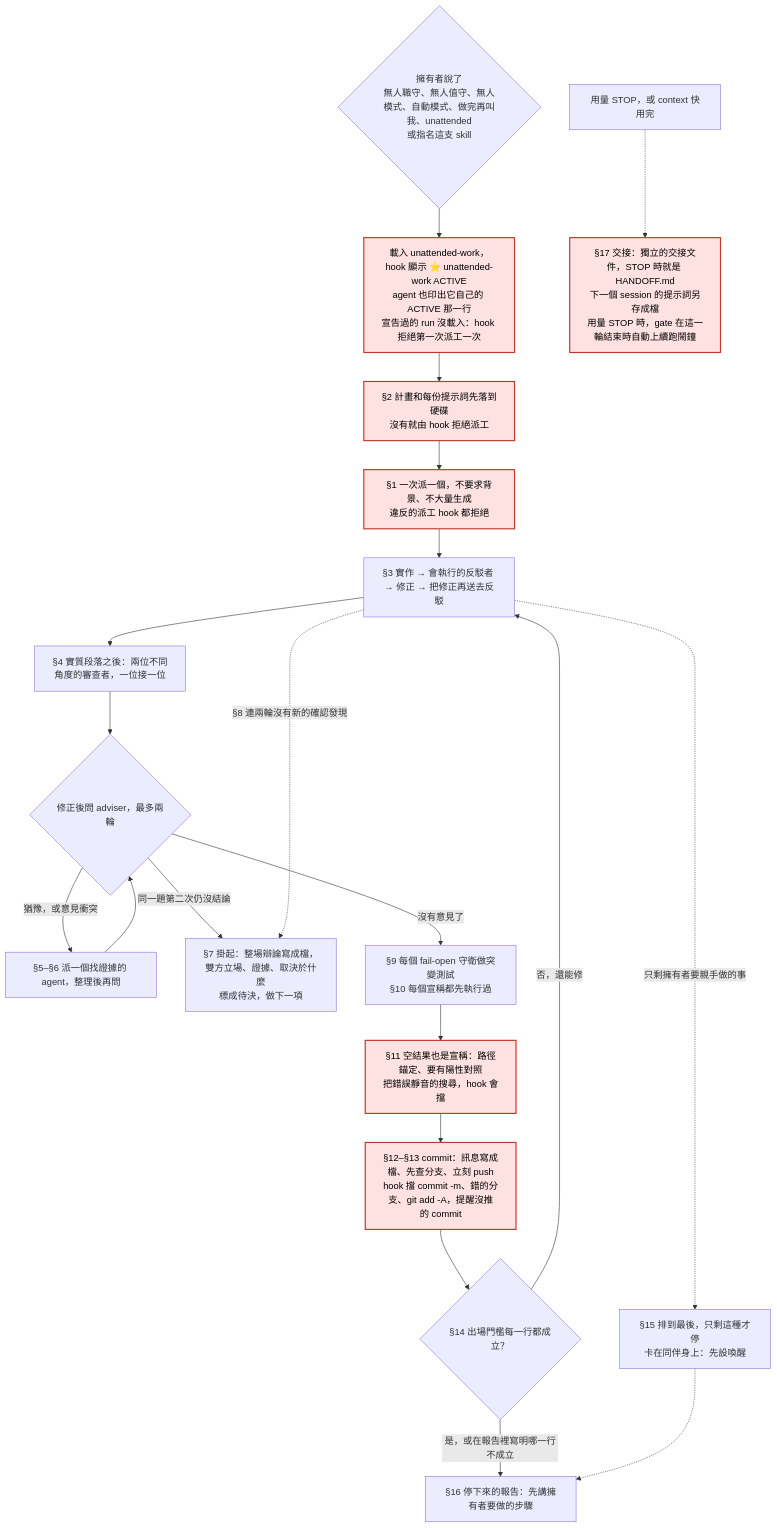
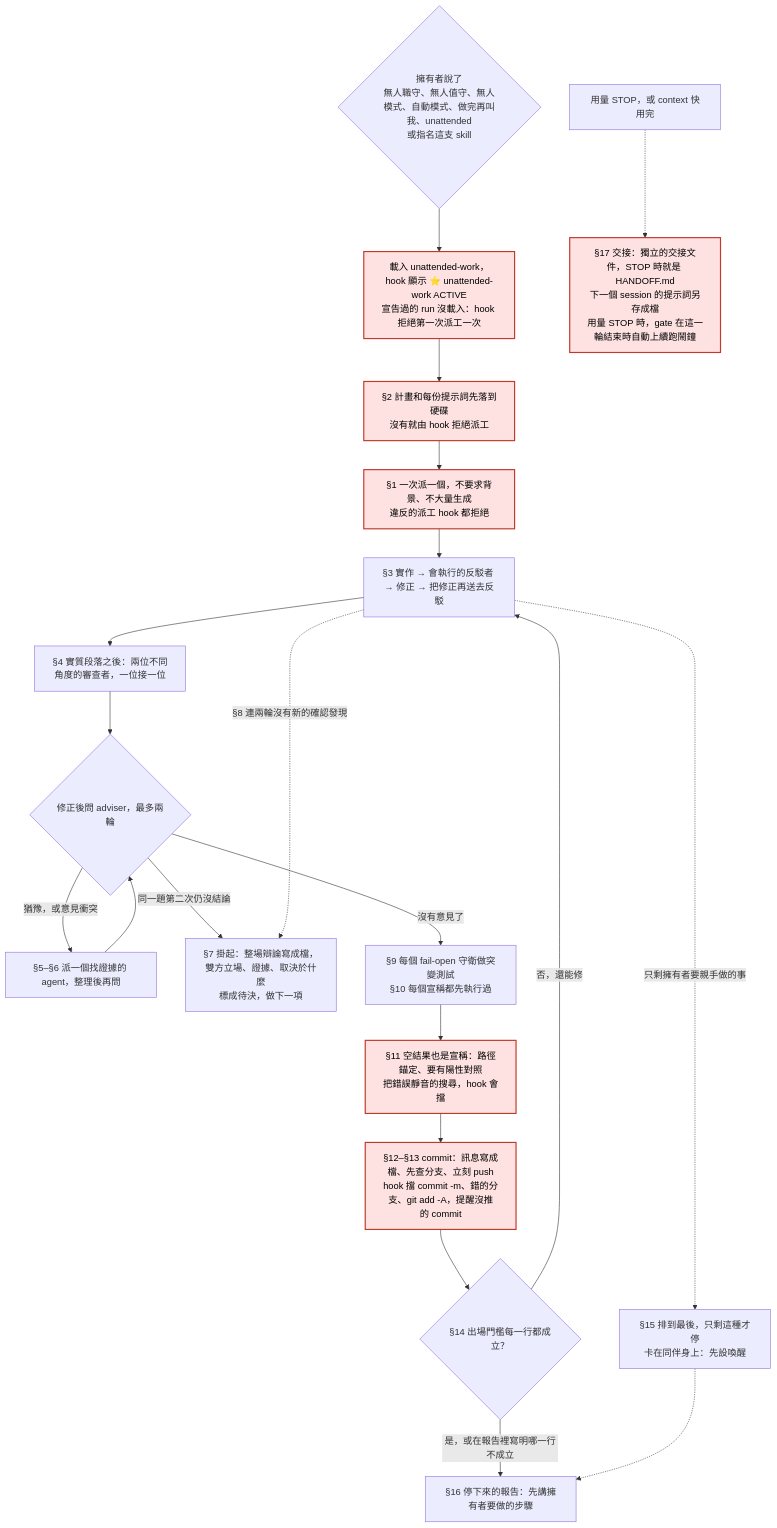
Before and after one commit to Dino9021/dispatch-guard: the second of 6 diagrams in README.md, drawn with Mermaid. The commit also changed other lines of this file and 8 other files, not shown here.

````diff
--- a/README.md
+++ b/README.md
@@ -705,24 +705,24 @@
 ```mermaid
 flowchart TD
-  trigger{"擁有者說了<br/>無人職守、無人值守、無人模式、自動模式、做完再叫我、unattended<br/>或指名這支 skill"} --> loadUnattended["載入 unattended-work，hook 顯示 ⭐ unattended-work ACTIVE<br/>agent 也印出它自己的 ACTIVE 那一行<br/>宣告過的 run 沒載入：hook 拒絕第一次派工一次"]
+  trigger{"擁有者說了<br/>無人職守、無人值守、無人模式、自動模式、做完再叫我、unattended<br/>或指名這支 skill"} --> loadUnattended["載入 unattended-work，hook 顯示 ⭐ unattended-work ACTIVE<br/>宣告過的 run 沒載入：hook 拒絕第一次派工一次"]
   loadUnattended --> planFirst["§2 計畫和每份提示詞先落到硬碟<br/>沒有就由 hook 拒絕派工"]
   planFirst --> sequential["§1 一次派一個，不要求背景、不大量生成<br/>違反的派工 hook 都拒絕"]
   sequential --> wave["§3 實作 → 會執行的反駁者 → 修正 → 把修正再送去反駁"]
   wave --> reviewers["§4 實質段落之後：兩位不同角度的審查者，一位接一位"]
   reviewers --> adviser{"修正後問 adviser，最多兩輪"}
   adviser -->|"猶豫，或意見衝突"| debate["§5–§6 派一個找證據的 agent，整理後再問"]
   debate --> adviser
   adviser -->|"同一題第二次仍沒結論"| pend["§7 掛起：整場辯論寫成檔，雙方立場、證據、取決於什麼<br/>標成待決，做下一項"]
   wave -.->|"§8 連兩輪沒有新的確認發現"| pend
   adviser -->|"沒有意見了"| mutationCheck["§9 每個 fail-open 守衛做突變測試<br/>§10 每個宣稱都先執行過"]
   mutationCheck --> emptyResult["§11 空結果也是宣稱：路徑錨定、要有陽性對照<br/>把錯誤靜音的搜尋，hook 會擋"]
   emptyResult --> commitRules["§12–§13 commit：訊息寫成檔、先查分支、立刻 push<br/>hook 擋 commit -m、錯的分支、git add -A，提醒沒推的 commit"]
   commitRules --> exitBar{"§14 出場門檻每一行都成立？"}
   exitBar -->|"否，還能修"| wave
   exitBar -->|"是，或在報告裡寫明哪一行不成立"| stopReport["§16 停下來的報告：先講擁有者要做的步驟"]
   wave -.->|"只剩擁有者要親手做的事"| lastItems["§15 排到最後，只剩這種才停<br/>卡在同伴身上：先設喚醒"]
   lastItems -.-> stopReport
   runningShort["用量 STOP，或 context 快用完"] -.-> handover["§17 交接：獨立的交接文件，STOP 時就是 HANDOFF.md<br/>下一個 session 的提示詞另存成檔<br/>用量 STOP 時，gate 在這一輪結束時自動上續跑鬧鐘"]
   class loadUnattended,planFirst,sequential,emptyResult,commitRules,handover gate
   classDef gate fill:#fde2e1,stroke:#c0392b,stroke-width:2px,color:#000
 ```
````
